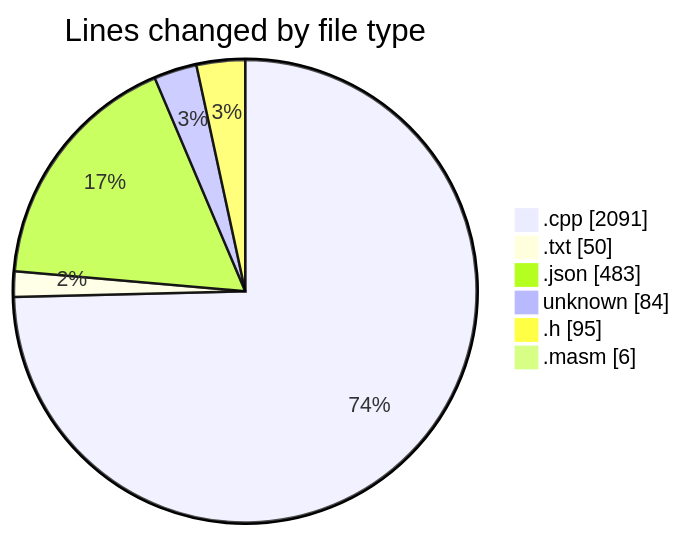
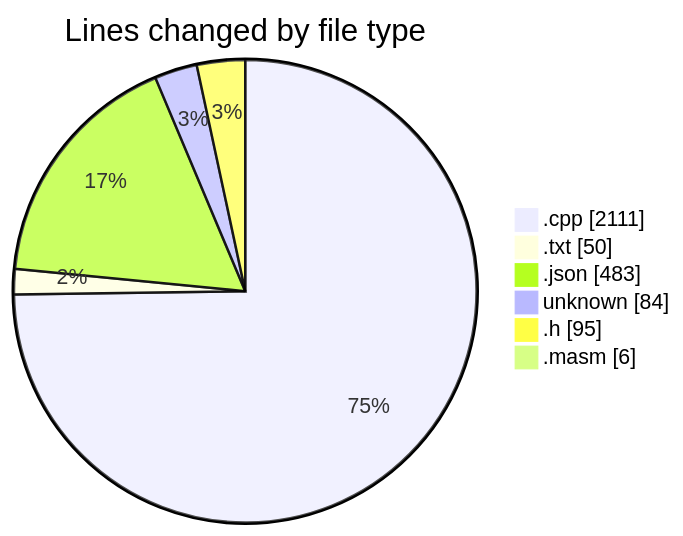
The first of 2 diagrams in 2025-04-28/c-masm/README.md (charlie-sans/code-tracking), drawn with Mermaid before and after one commit. The commit also changed other lines of this file and 1 other file, not shown here.

````diff
--- a/2025-04-28/c-masm/README.md
+++ b/2025-04-28/c-masm/README.md
@@ -29,10 +29,10 @@
 ```mermaid
 pie showData
 title Lines changed by file type
-".cpp" : 2091
+".cpp" : 2111
 ".txt" : 50
 ".json" : 483
 "unknown" : 84
 ".h" : 95
 ".masm" : 6
 ```
````
